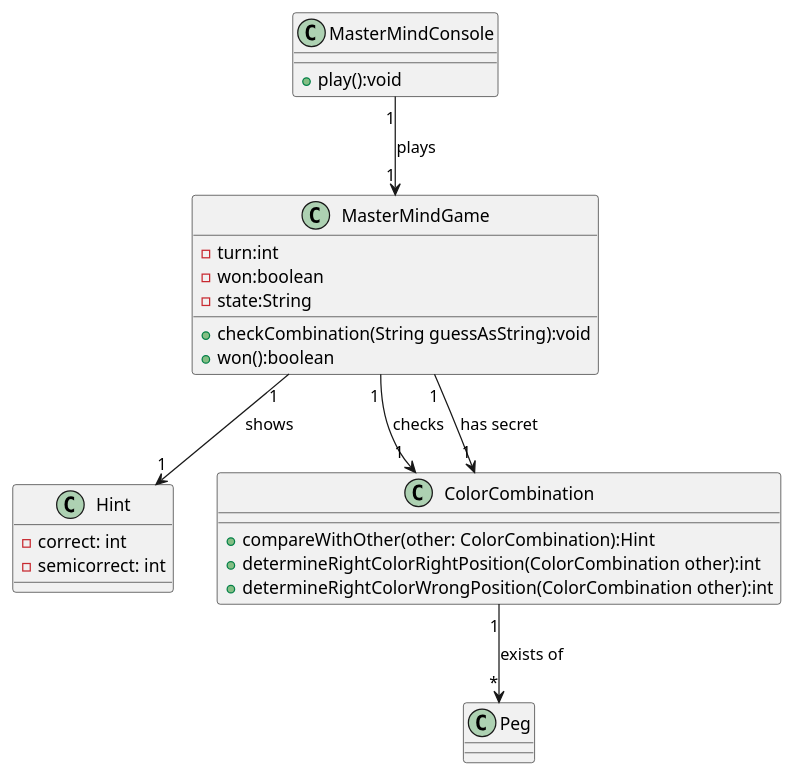
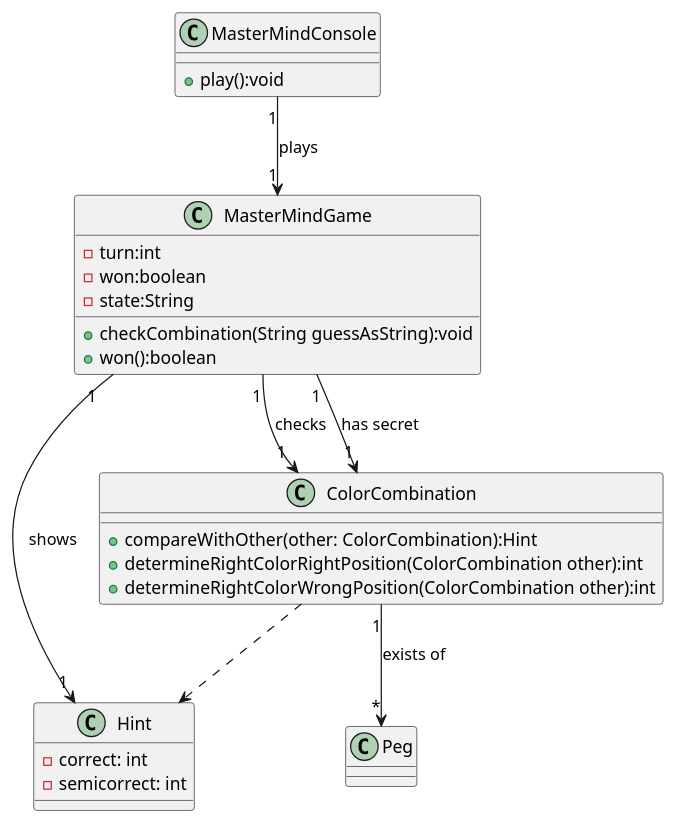
One commit to MichelKoolwaaij/MasterMind changed the diagram in src/main/java/uml/Mastermind.puml. Above: the diagram before and after it, drawn with PlantUML.

Commit message:
Added dependency in class diagram

```diff
--- a/src/main/java/uml/Mastermind.puml
+++ b/src/main/java/uml/Mastermind.puml
@@ -1,39 +1,41 @@
 @startuml
+
 
 class MasterMindConsole
 class MasterMindGame
 class Hint
 class ColorCombination
 class Peg
 
 MasterMindConsole "1" --> "1" MasterMindGame : plays
 MasterMindGame "1" --> "1" Hint : shows
 MasterMindGame "1" --> "1" ColorCombination : checks
 MasterMindGame "1" --> "1" ColorCombination : has secret
 ColorCombination "1" --> "*" Peg : exists of
+ColorCombination ..> Hint
 
 class MasterMindConsole{
   +play():void
 }
 
 class MasterMindGame{
  -turn:int
  -won:boolean
  -state:String
  +checkCombination(String guessAsString):void
  +won():boolean
 
 }
 
 class ColorCombination{
  +compareWithOther(other: ColorCombination):Hint
  +determineRightColorRightPosition(ColorCombination other):int
  +determineRightColorWrongPosition(ColorCombination other):int
 }
 
 class Hint{
  -correct: int
  -semicorrect: int
 }
 
 @enduml
```
